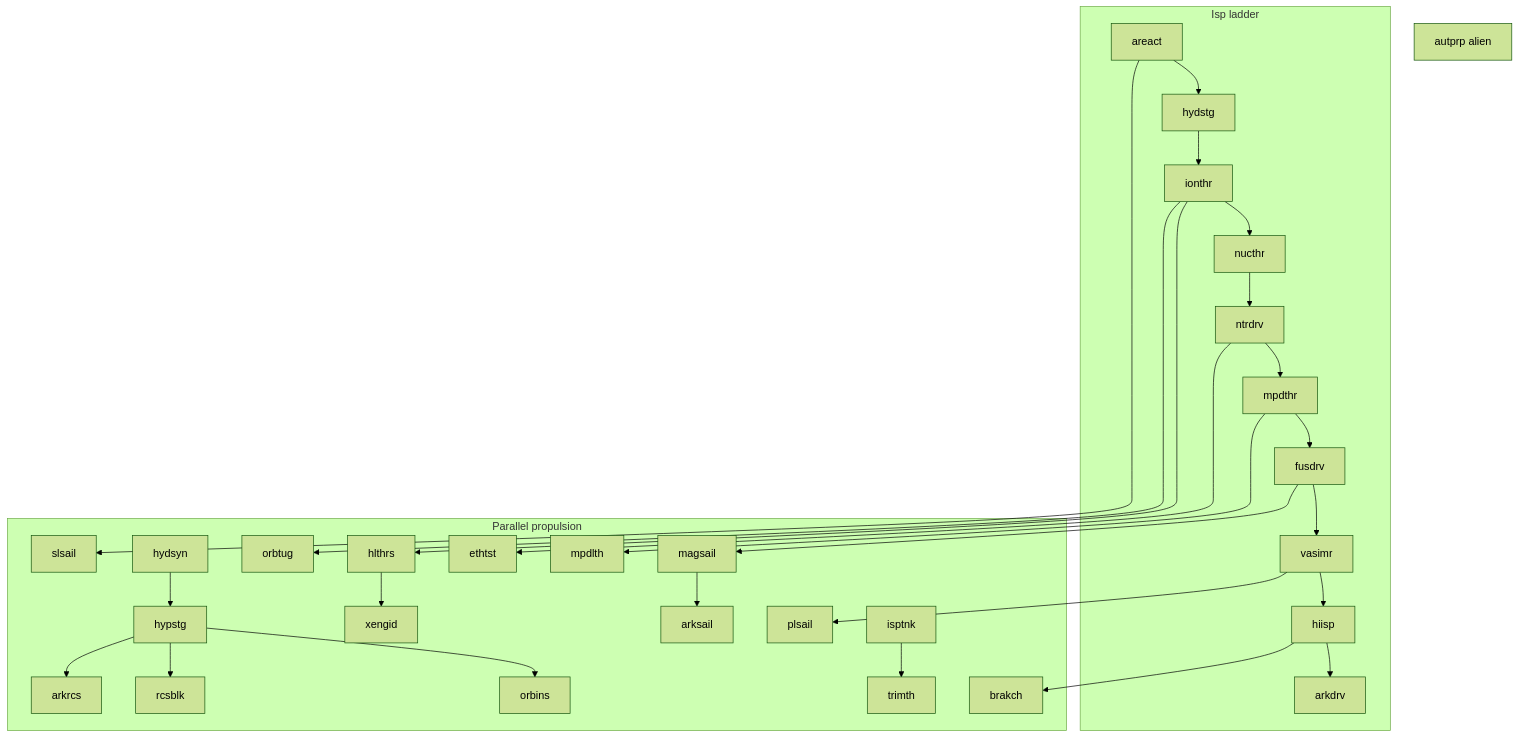
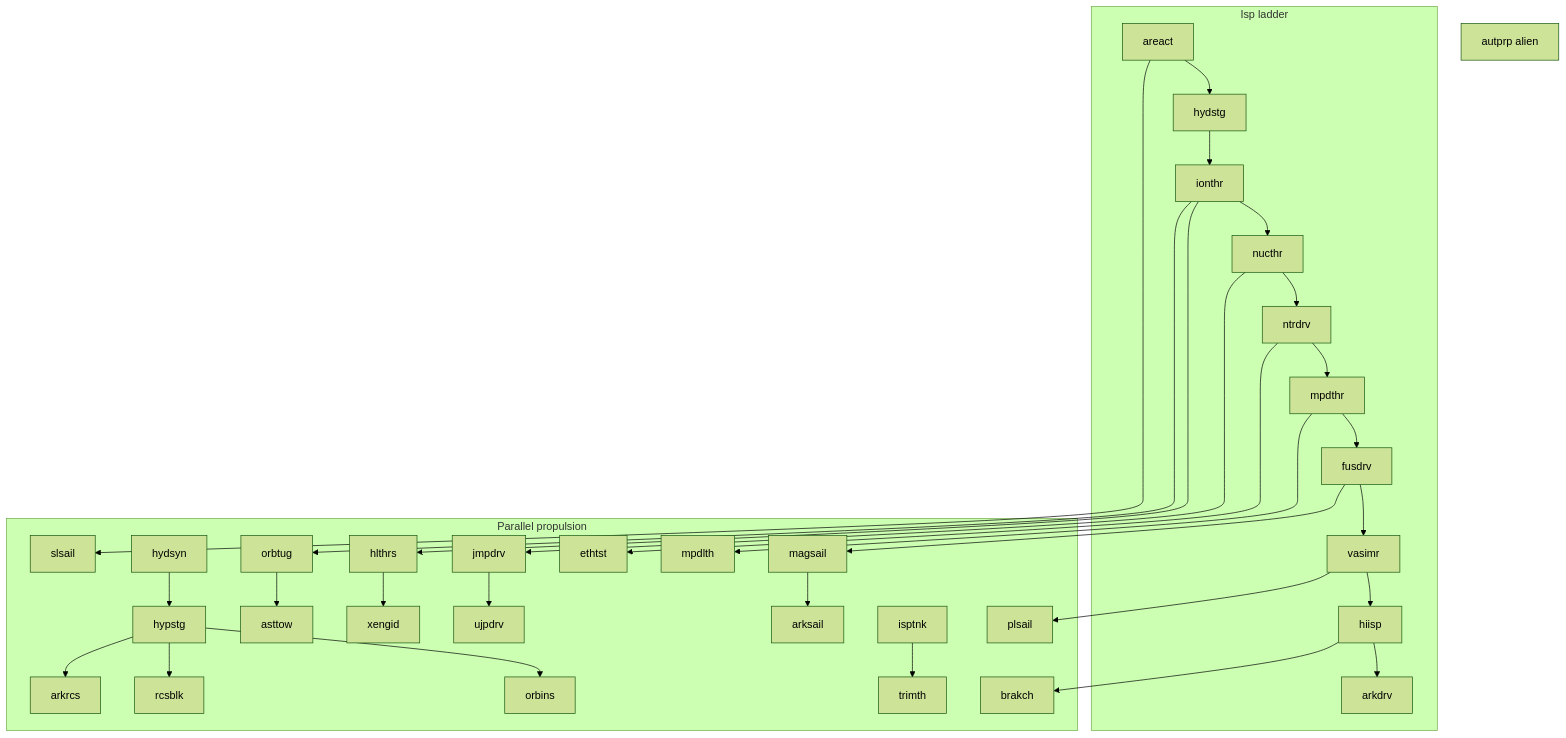
The second of 4 diagrams in designer/technology.md (sentinemodo/SpaceAge-2024), drawn with Mermaid (forest theme) before and after one commit. The commit also changed other lines of this file and 28 other files, not shown here.

````diff
--- a/designer/technology.md
+++ b/designer/technology.md
@@ -122,24 +127,27 @@
 ```mermaid
 flowchart TB
   subgraph ladder["Isp ladder"]
     areact --> hydstg --> ionthr --> nucthr --> ntrdrv --> mpdthr --> fusdrv --> vasimr --> hiisp --> arkdrv
   end
   subgraph alt["Parallel propulsion"]
     areact --> slsail
     hydsyn --> hypstg
     ionthr --> hlthrs
     ntrdrv --> ethtst
     mpdthr --> mpdlth
     fusdrv --> magsail
     hlthrs --> xengid
     vasimr --> plsail
     hypstg --> orbins
     hypstg --> rcsblk
     magsail --> arksail
     hypstg --> arkrcs
     ionthr --> orbtug
+    orbtug --> asttow
     isptnk --> trimth
     hiisp --> brakch
+    nucthr --> jmpdrv
+    jmpdrv --> ujpdrv
   end
   autprp["autprp alien"]
 ```
````
